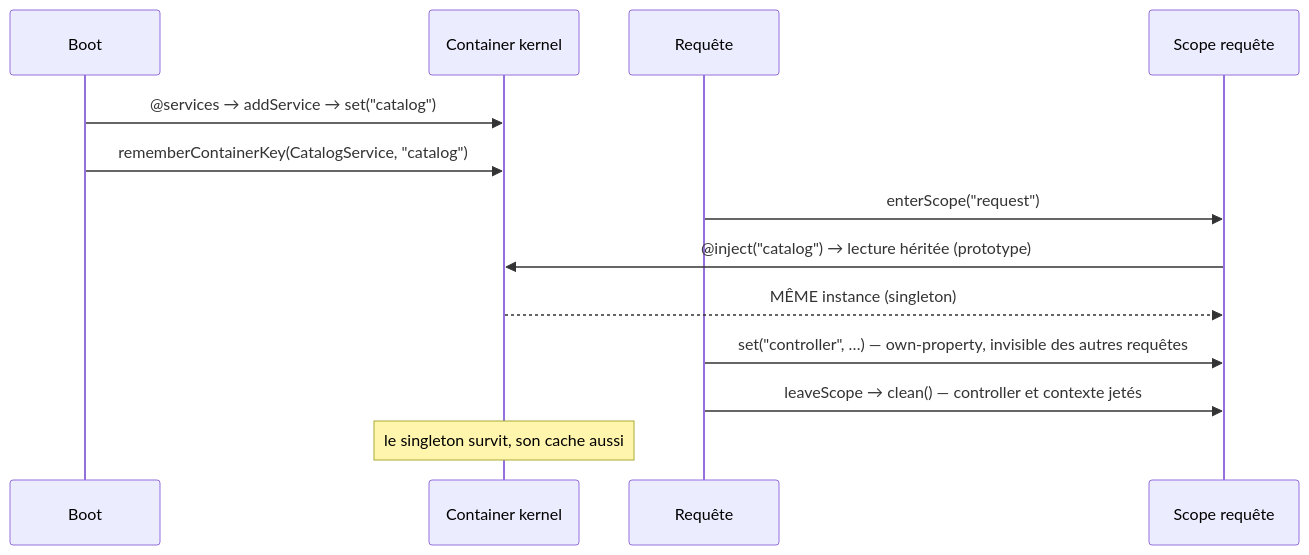
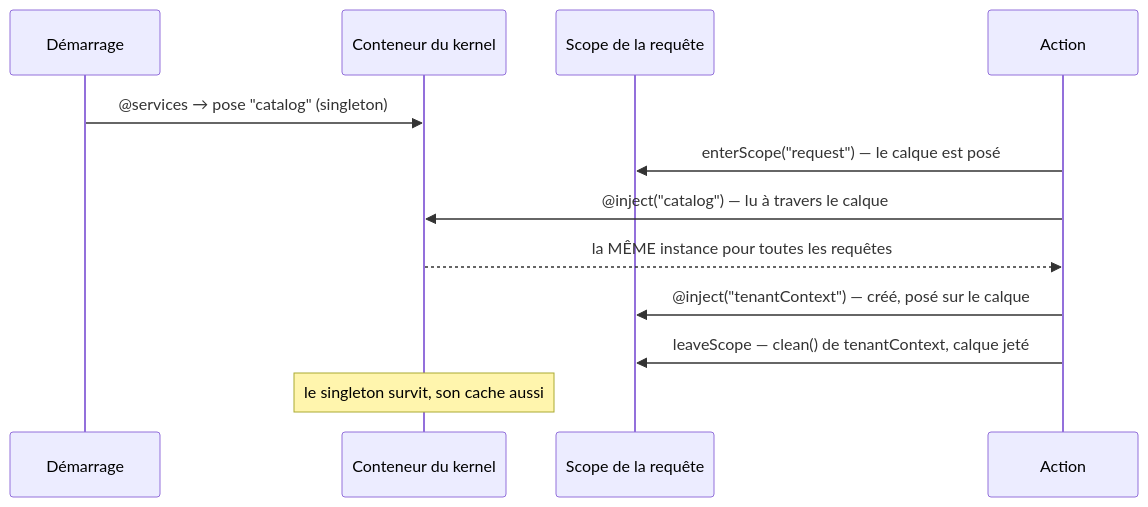
The third of 3 diagrams in docs/architecture/injection-portees.md (nodefony/nodefony-core), drawn with Mermaid before and after one commit. The commit also changed other lines of this file and 5 other files, not shown here.

````diff
--- a/docs/architecture/injection-portees.md
+++ b/docs/architecture/injection-portees.md
@@ -470,16 +624,15 @@
 ```mermaid
 sequenceDiagram
-  participant B as Boot
-  participant K as Container kernel
-  participant R as Requête
-  participant S as Scope requête
+  participant B as Démarrage
+  participant K as Conteneur du kernel
+  participant S as Scope de la requête
+  participant R as Action
 
-  B->>K: @services → addService → set("catalog")
-  B->>K: rememberContainerKey(CatalogService, "catalog")
-  R->>S: enterScope("request")
-  S->>K: @inject("catalog") → lecture héritée (prototype)
-  K-->>S: MÊME instance (singleton)
-  R->>S: set("controller", …) — own-property, invisible des autres requêtes
-  R->>S: leaveScope → clean() — controller et contexte jetés
+  B->>K: @services → pose "catalog" (singleton)
+  R->>S: enterScope("request") — le calque est posé
+  R->>K: @inject("catalog") — lu à travers le calque
+  K-->>R: la MÊME instance pour toutes les requêtes
+  R->>S: @inject("tenantContext") — créé, posé sur le calque
+  R->>S: leaveScope — clean() de tenantContext, calque jeté
   Note over K: le singleton survit, son cache aussi
 ```
````
